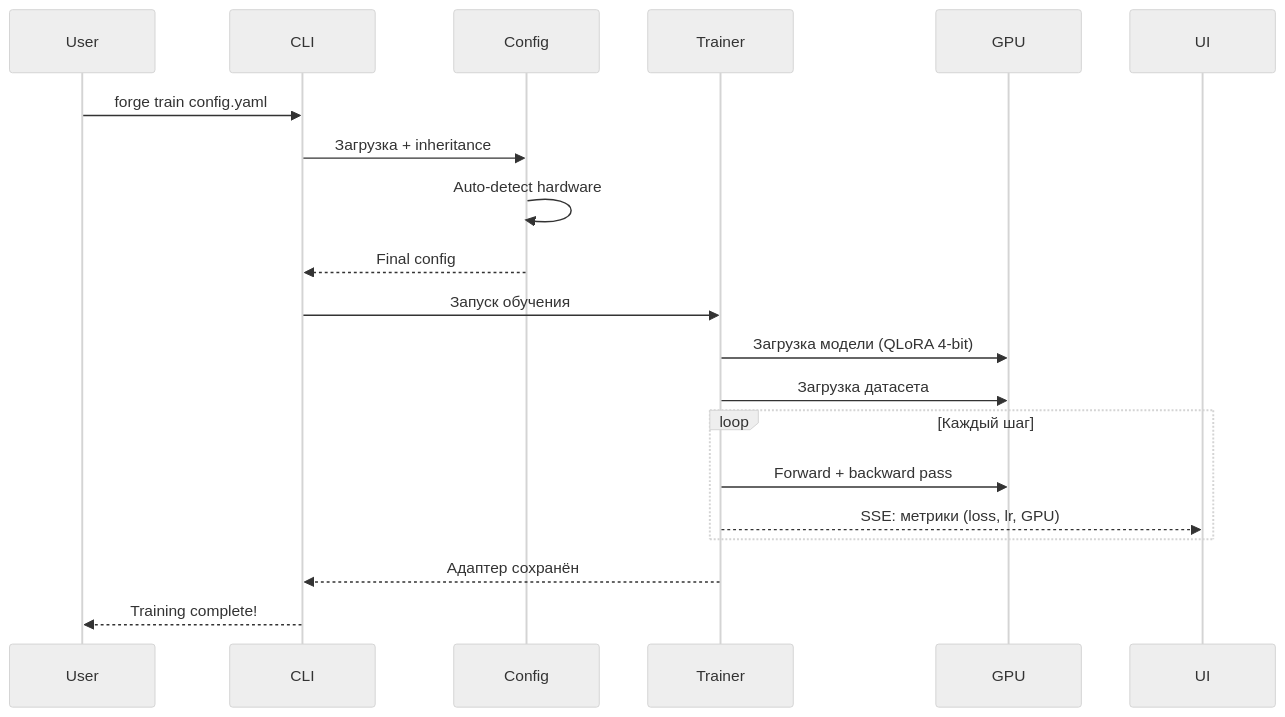
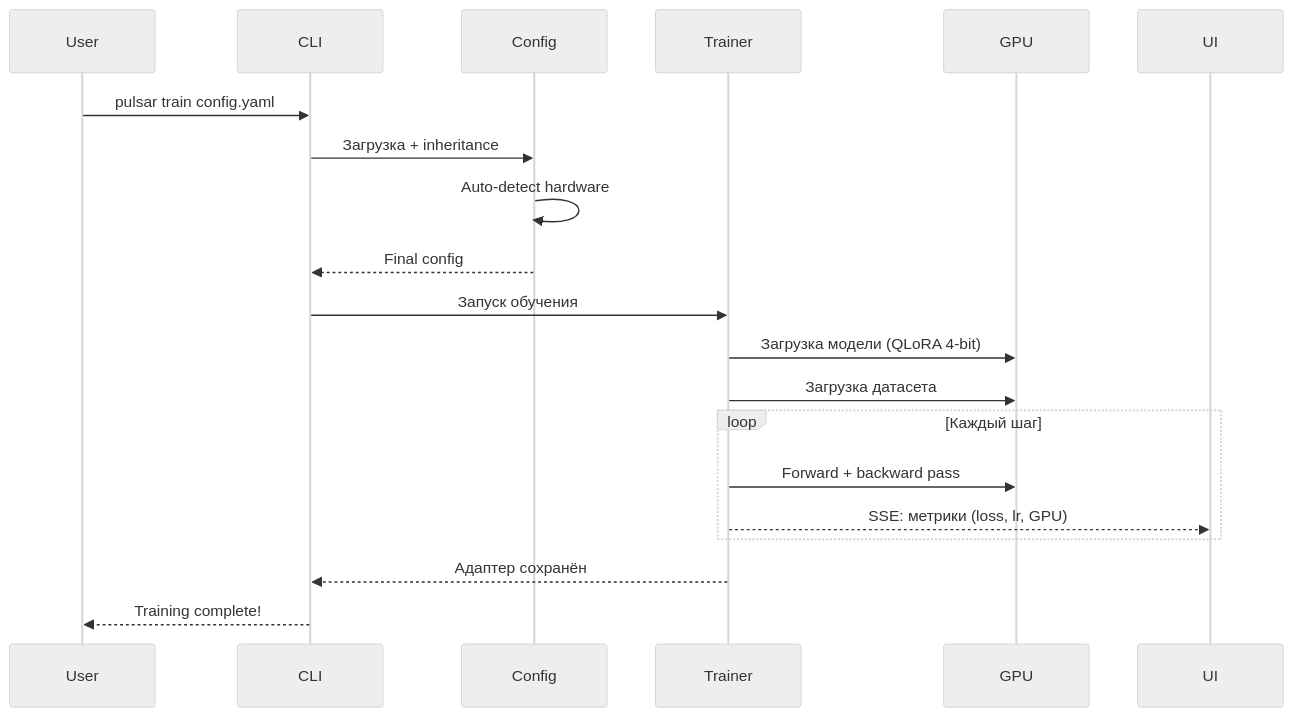
The third of 4 diagrams in docs/concepts/architecture.md (VasilyKolbenev/LLM-forge_v1), drawn with Mermaid (neutral theme) before and after one commit. The commit also changed other lines of this file and 72 other files, not shown here.

````diff
--- a/docs/concepts/architecture.md
+++ b/docs/concepts/architecture.md
@@ -188,23 +188,23 @@
 ```mermaid
 sequenceDiagram
     participant User
     participant CLI
     participant Config
     participant Trainer
     participant GPU
     participant UI
 
-    User->>CLI: forge train config.yaml
+    User->>CLI: pulsar train config.yaml
     CLI->>Config: Загрузка + inheritance
     Config->>Config: Auto-detect hardware
     Config-->>CLI: Final config
     CLI->>Trainer: Запуск обучения
     Trainer->>GPU: Загрузка модели (QLoRA 4-bit)
     Trainer->>GPU: Загрузка датасета
     loop Каждый шаг
         Trainer->>GPU: Forward + backward pass
         Trainer-->>UI: SSE: метрики (loss, lr, GPU)
     end
     Trainer-->>CLI: Адаптер сохранён
     CLI-->>User: Training complete!
 ```
````
